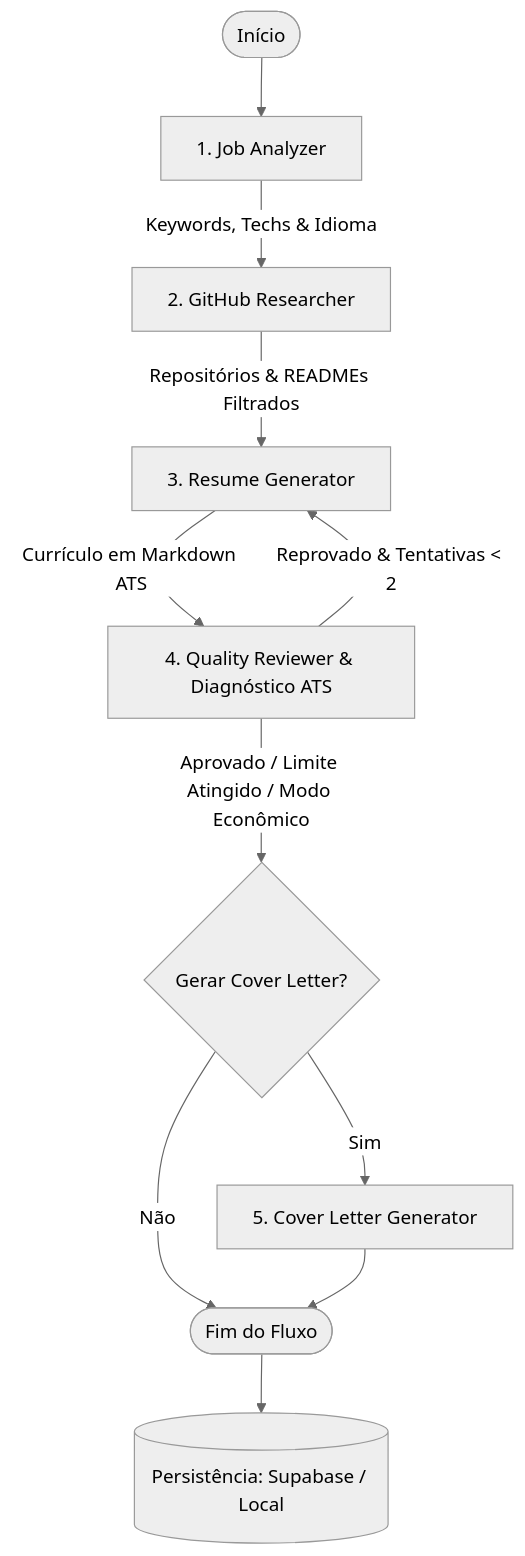
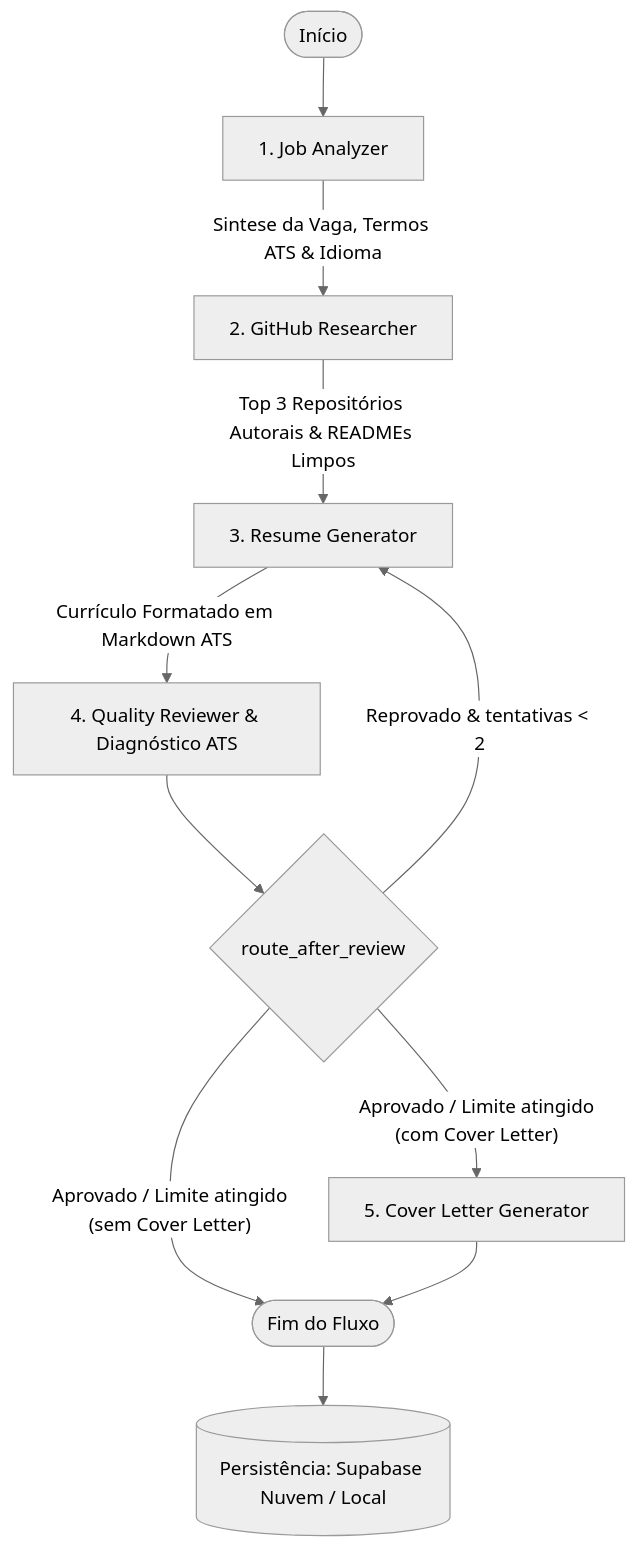
The diagram in README.md (thiagoeu/cv_nitro), drawn with Mermaid (neutral theme) before and after one commit. The commit also changed other lines of this file and 8 other files, not shown here.

````diff
--- a/README.md
+++ b/README.md
@@ -73,16 +85,15 @@
 ```mermaid
 flowchart TD
     Start([Início]) --> JA[1. Job Analyzer]
-    JA -->|Keywords, Techs & Idioma| GR[2. GitHub Researcher]
-    GR -->|Repositórios & READMEs Filtrados| RG[3. Resume Generator]
-    RG -->|Currículo em Markdown ATS| QR[4. Quality Reviewer & Diagnóstico ATS]
+    JA -->|Sintese da Vaga, Termos ATS & Idioma| GR[2. GitHub Researcher]
+    GR -->|Top 3 Repositórios Autorais & READMEs Limpos| RG[3. Resume Generator]
+    RG -->|Currículo Formatado em Markdown ATS| QR[4. Quality Reviewer & Diagnóstico ATS]
     
-    QR -->|Reprovado & Tentativas < 2| RG
-    QR -->|Aprovado / Limite Atingido / Modo Econômico| Decision{Gerar Cover Letter?}
-    
-    Decision -->|Sim| CL[5. Cover Letter Generator]
-    Decision -->|Não| EndFlow([Fim do Fluxo])
+    QR --> Route{route_after_review}
+    Route -- "Reprovado & tentativas < 2" --> RG
+    Route -- "Aprovado / Limite atingido\n(sem Cover Letter)" --> EndFlow([Fim do Fluxo])
+    Route -- "Aprovado / Limite atingido\n(com Cover Letter)" --> CL[5. Cover Letter Generator]
     CL --> EndFlow
     
-    EndFlow --> Storage[(Persistência: Supabase / Local)]
+    EndFlow --> Storage[(Persistência: Supabase Nuvem / Local)]
 ```
````
